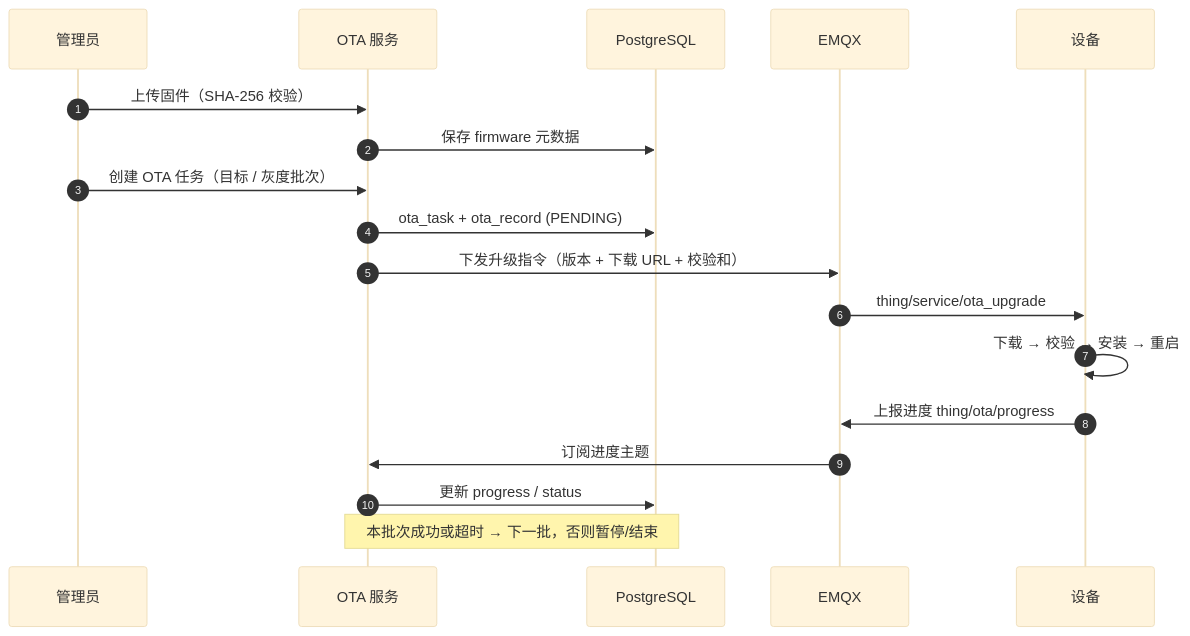
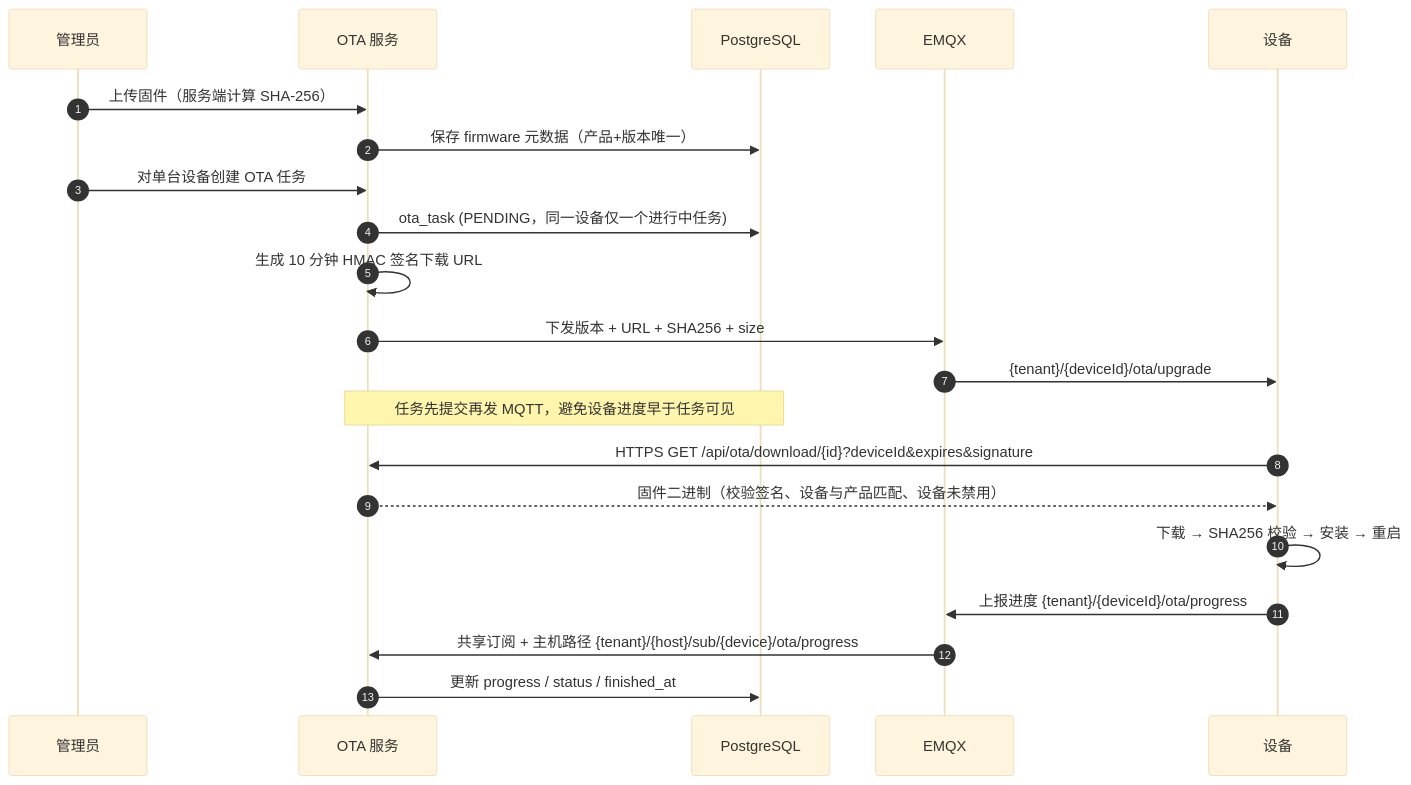
The eighth of 15 diagrams in docs/design.md (wuzhudexiaopacai/coherer), drawn with Mermaid (base theme) before and after one commit. The commit also changed other lines of this file and 46 other files, not shown here.

````diff
--- a/docs/design.md
+++ b/docs/design.md
@@ -252,23 +252,25 @@
 ```mermaid
 sequenceDiagram
     autonumber
     participant A as 管理员
     participant OS as OTA 服务
     participant DB as PostgreSQL
     participant EMQX as EMQX
     participant D as 设备
 
-    A->>OS: 上传固件（SHA-256 校验）
-    OS->>DB: 保存 firmware 元数据
-    A->>OS: 创建 OTA 任务（目标 / 灰度批次）
-    OS->>DB: ota_task + ota_record (PENDING)
-    OS->>EMQX: 下发升级指令（版本 + 下载 URL + 校验和）
-    EMQX->>D: thing/service/ota_upgrade
+    A->>OS: 上传固件（服务端计算 SHA-256）
+    OS->>DB: 保存 firmware 元数据（产品+版本唯一）
+    A->>OS: 对单台设备创建 OTA 任务
+    OS->>DB: ota_task (PENDING，同一设备仅一个进行中任务)
+    OS->>OS: 生成 10 分钟 HMAC 签名下载 URL
+    OS->>EMQX: 下发版本 + URL + SHA256 + size
+    EMQX->>D: {tenant}/{deviceId}/ota/upgrade
+    Note over OS,DB: 任务先提交再发 MQTT，避免设备进度早于任务可见
 
-    D->>D: 下载 → 校验 → 安装 → 重启
-    D->>EMQX: 上报进度 thing/ota/progress
-    EMQX->>OS: 订阅进度主题
-    OS->>DB: 更新 progress / status
-
-    Note over OS,DB: 本批次成功或超时 → 下一批，否则暂停/结束
+    D->>OS: HTTPS GET /api/ota/download/{id}?deviceId&expires&signature
+    OS-->>D: 固件二进制（校验签名、设备与产品匹配、设备未禁用）
+    D->>D: 下载 → SHA256 校验 → 安装 → 重启
+    D->>EMQX: 上报进度 {tenant}/{deviceId}/ota/progress
+    EMQX->>OS: 共享订阅 + 主机路径 {tenant}/{host}/sub/{device}/ota/progress
+    OS->>DB: 更新 progress / status / finished_at
 ```
````
